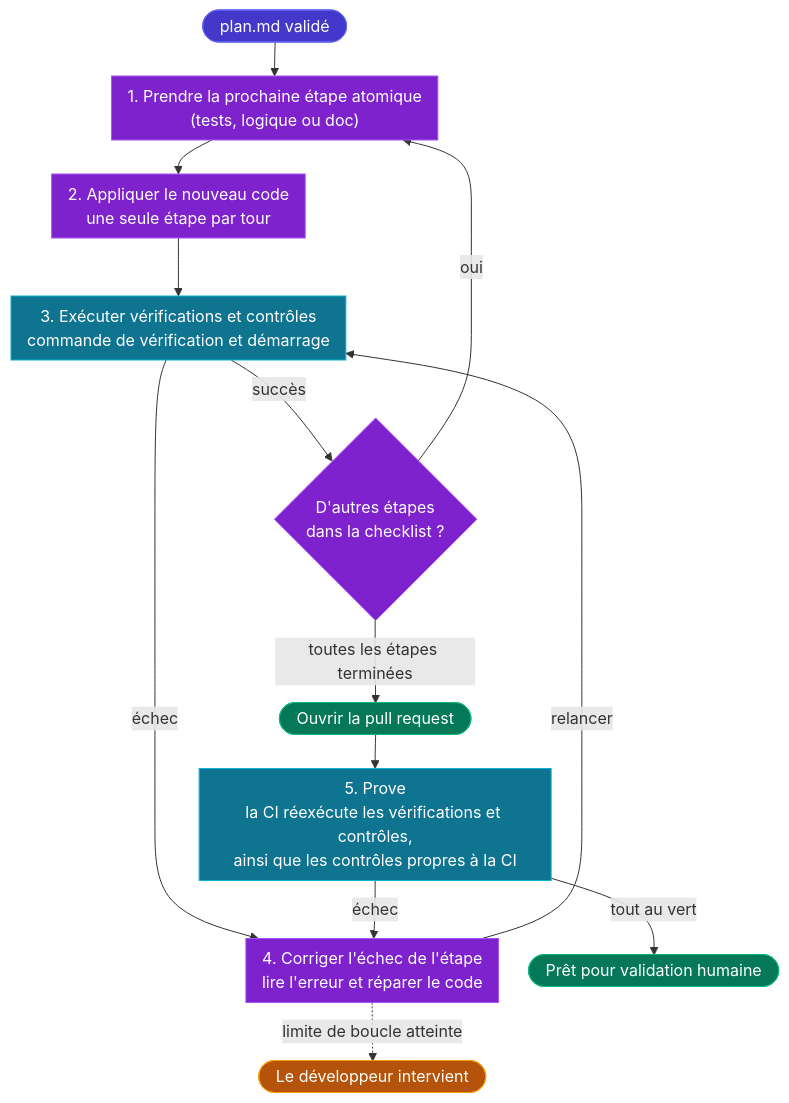
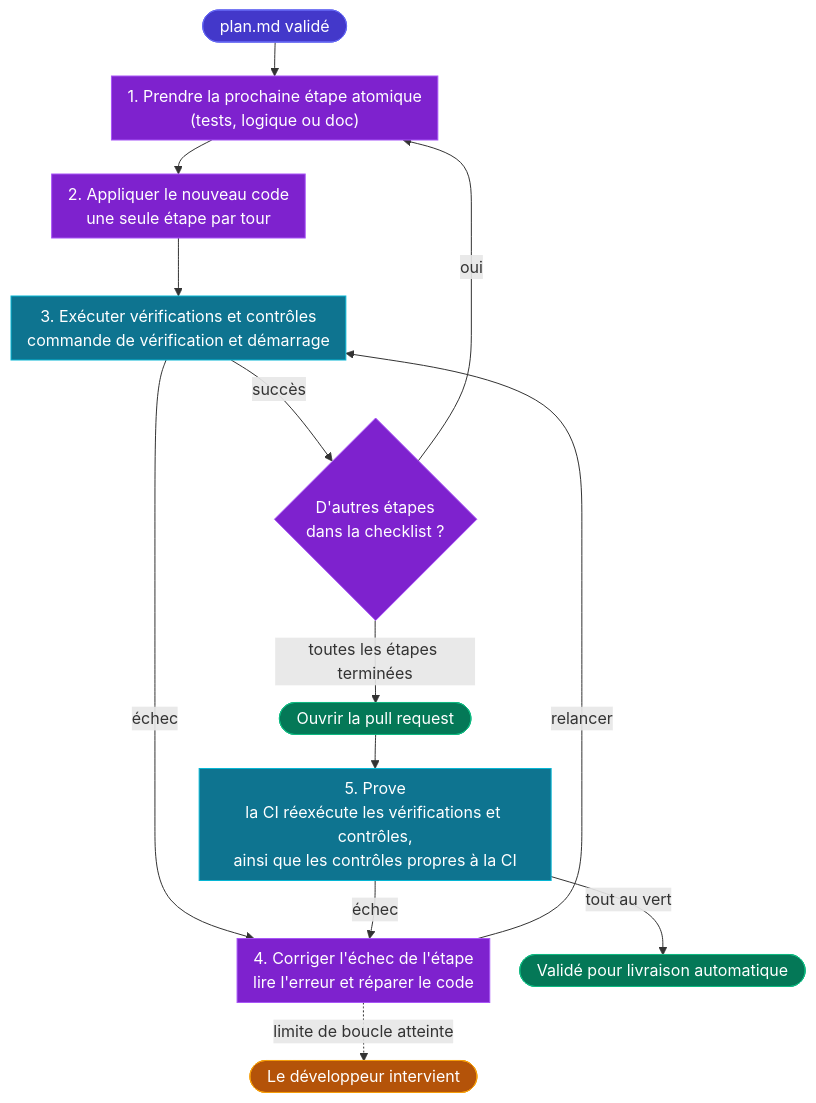
Before and after one commit to ALTEN-group/agentic-software-factory: the diagram in website/docs/fr/guide/stage-code.md, drawn with Mermaid. The commit also changed other lines of this file and 44 other files, not shown here.

````diff
--- a/website/docs/fr/guide/stage-code.md
+++ b/website/docs/fr/guide/stage-code.md
@@ -22,45 +22,45 @@
 ```mermaid
 ---
 caption: Boucle Code autonome et rapide, exécution atomique étape par étape jusqu'au vert
 config:
   flowchart:
     padding: 8
     wrappingWidth: 320
     nodeSpacing: 30
     rankSpacing: 34
 ---
 flowchart TB
   PLAN(["&nbsp;&nbsp;plan.md validé&nbsp;&nbsp;"])
   STEP["1. Prendre la prochaine étape atomique<br/>(tests, logique ou doc)"]
   GEN["2. Appliquer le nouveau code<br/>une seule étape par tour"]
   CHECK["3. Exécuter vérifications et contrôles<br/>commande de vérification et démarrage"]
   FIX["4. Corriger l'échec de l'étape<br/>lire l'erreur et réparer le code"]
   MORE{"D'autres étapes<br/>dans la checklist ?"}
   PR(["&nbsp;&nbsp;Ouvrir la pull request&nbsp;&nbsp;"])
   PROVE["5. Prove<br/>la CI réexécute les vérifications et contrôles,<br/>ainsi que les contrôles propres à la CI"]
-  READY(["&nbsp;&nbsp;Prêt pour validation humaine&nbsp;&nbsp;"])
+  READY(["&nbsp;&nbsp;Validé pour livraison automatique&nbsp;&nbsp;"])
   DEV(["&nbsp;&nbsp;Le développeur intervient&nbsp;&nbsp;"])
 
   PLAN --> STEP --> GEN --> CHECK
   CHECK -->|"succès"| MORE
   CHECK -->|"échec"| FIX
   FIX -->|"relancer"| CHECK
   FIX -.->|"limite de boucle atteinte"| DEV
   MORE -->|"oui"| STEP
   MORE -->|"toutes les étapes terminées"| PR
   PR --> PROVE
   PROVE -->|"tout au vert"| READY
   PROVE -->|"échec"| FIX
 
   classDef loop fill:#7e22ce,stroke:#a855f7,color:#ffffff
   classDef prove fill:#0e7490,stroke:#06b6d4,color:#ffffff
   classDef done fill:#047857,stroke:#10b981,color:#ffffff
   classDef start fill:#4338ca,stroke:#6366f1,color:#ffffff
   classDef human fill:#b45309,stroke:#f59e0b,color:#ffffff
   class STEP,GEN,FIX loop
   class CHECK,PROVE prove
   class PR,READY done
   class PLAN start
   class DEV human
   class MORE loop
 ```
````
